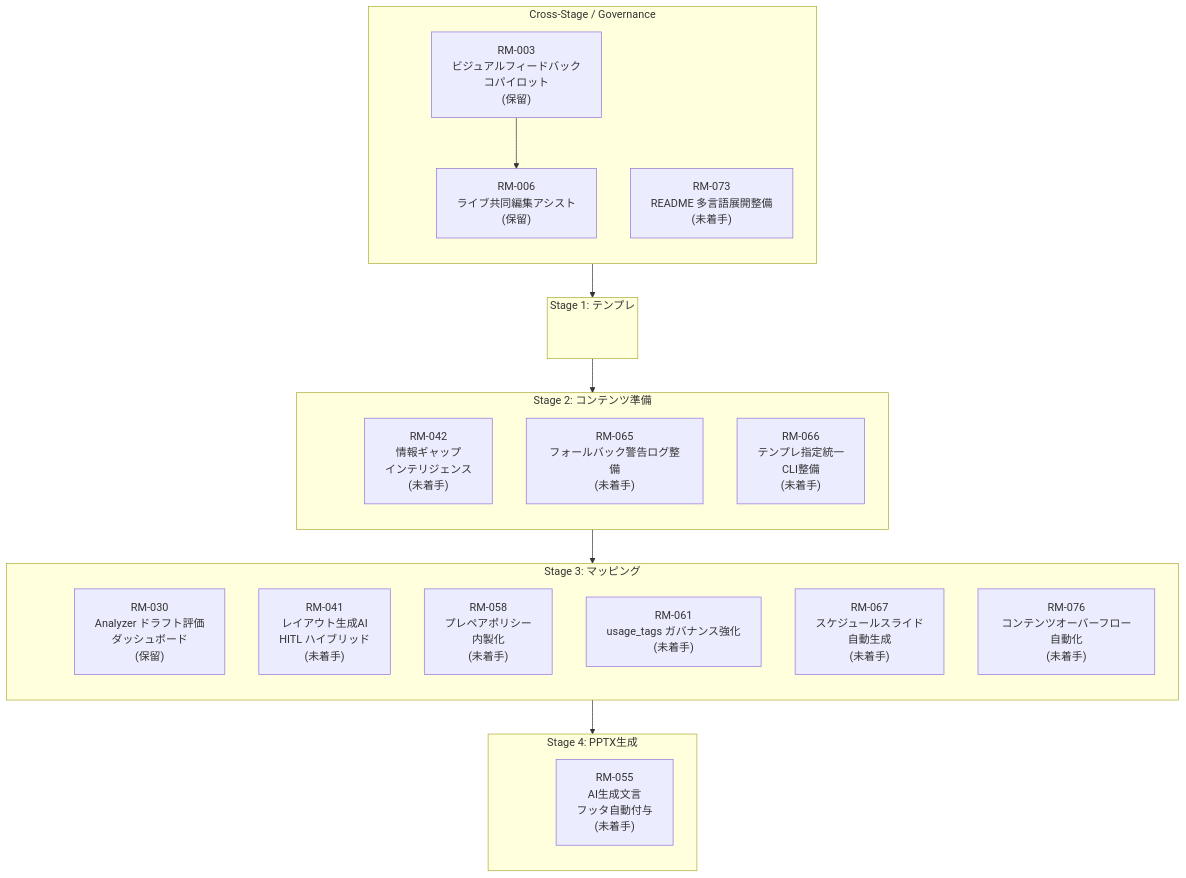
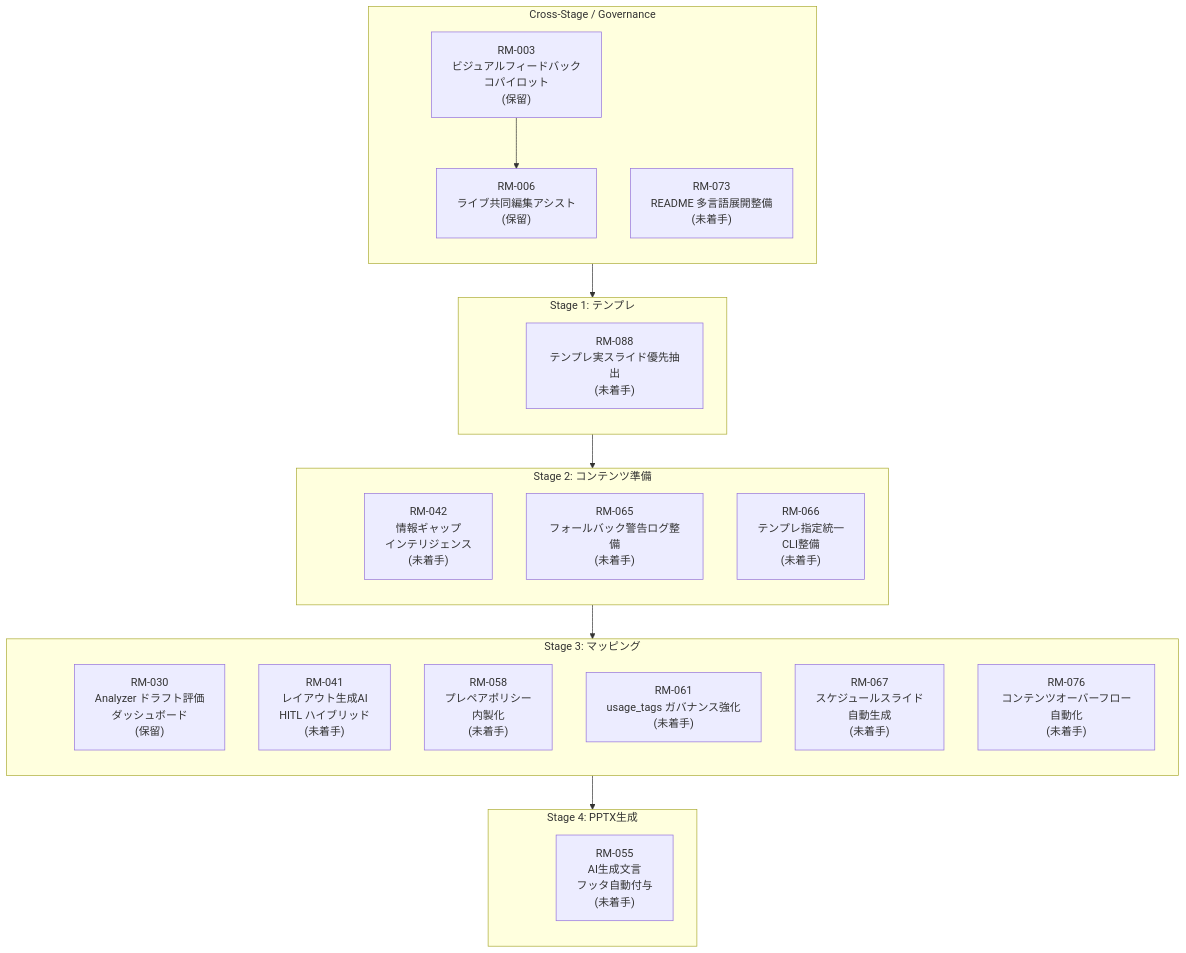
The diagram in docs/roadmap/roadmap.md (yurake/pptx_generator), drawn with Mermaid before and after one commit. The commit also changed other lines of this file and 5 other files, not shown here.

````diff
--- a/docs/roadmap/roadmap.md
+++ b/docs/roadmap/roadmap.md
@@ -25,50 +25,51 @@
 ```mermaid
 flowchart TB
     subgraph GOV["Cross-Stage / Governance"]
         direction TB
         GOV_ANCHOR(( ))
         RM003["RM-003<br/>ビジュアルフィードバック<br/>コパイロット<br/>(保留)"]
         RM006["RM-006<br/>ライブ共同編集アシスト<br/>(保留)"]
         RM073["RM-073<br/>README 多言語展開整備<br/>(未着手)"]
     end
 
     subgraph ST1["Stage 1: テンプレ"]
         direction TB
         ST1_ANCHOR(( ))
+        RM088["RM-088<br/>テンプレ実スライド優先抽出<br/>(未着手)"]
     end
 
     subgraph ST2["Stage 2: コンテンツ準備"]
         direction TB
         ST2_ANCHOR(( ))
         RM042["RM-042<br/>情報ギャップ<br/>インテリジェンス<br/>(未着手)"]
         RM065["RM-065<br/>フォールバック警告ログ整備<br/>(未着手)"]
         RM066["RM-066<br/>テンプレ指定統一<br/>CLI整備<br/>(未着手)"]
     end
 
     subgraph ST3["Stage 3: マッピング"]
         direction TB
         ST3_ANCHOR(( ))
         RM030["RM-030<br/>Analyzer ドラフト評価<br/>ダッシュボード<br/>(保留)"]
         RM041["RM-041<br/>レイアウト生成AI<br/>HITL ハイブリッド<br/>(未着手)"]
         RM058["RM-058<br/>プレペアポリシー<br/>内製化<br/>(未着手)"]
         RM061["RM-061<br/>usage_tags ガバナンス強化<br/>(未着手)"]
         RM067["RM-067<br/>スケジュールスライド<br/>自動生成<br/>(未着手)"]
         RM076["RM-076<br/>コンテンツオーバーフロー自動化<br/>(未着手)"]
     end
 
     subgraph ST4["Stage 4: PPTX生成"]
         direction TB
         ST4_ANCHOR(( ))
         RM055["RM-055<br/>AI生成文言<br/>フッタ自動付与<br/>(未着手)"]
     end
 
     style GOV_ANCHOR fill:transparent,stroke:transparent
     style ST1_ANCHOR fill:transparent,stroke:transparent
     style ST2_ANCHOR fill:transparent,stroke:transparent
     style ST3_ANCHOR fill:transparent,stroke:transparent
     style ST4_ANCHOR fill:transparent,stroke:transparent
 
     GOV_ANCHOR --> ST1_ANCHOR --> ST2_ANCHOR --> ST3_ANCHOR --> ST4_ANCHOR
 
     RM003 --> RM006
 ```
````
